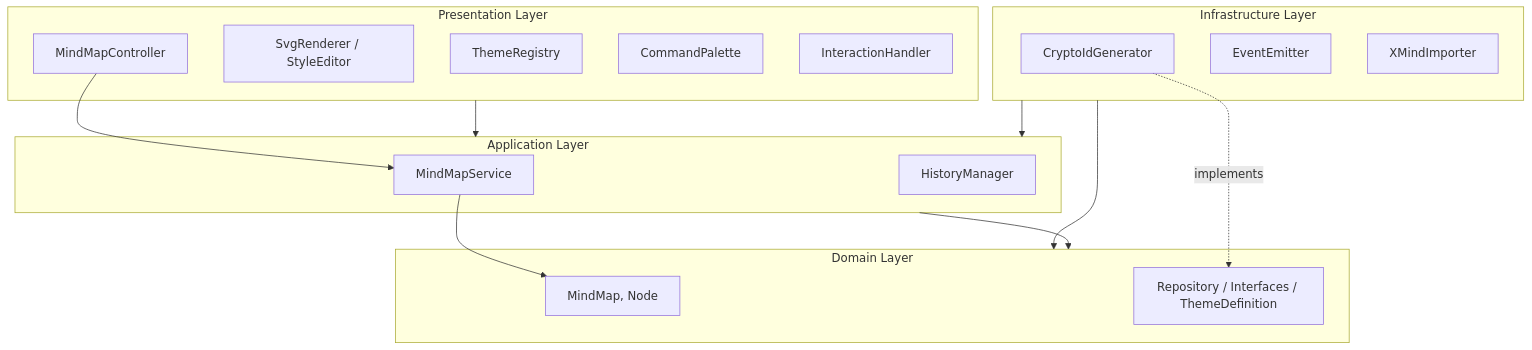
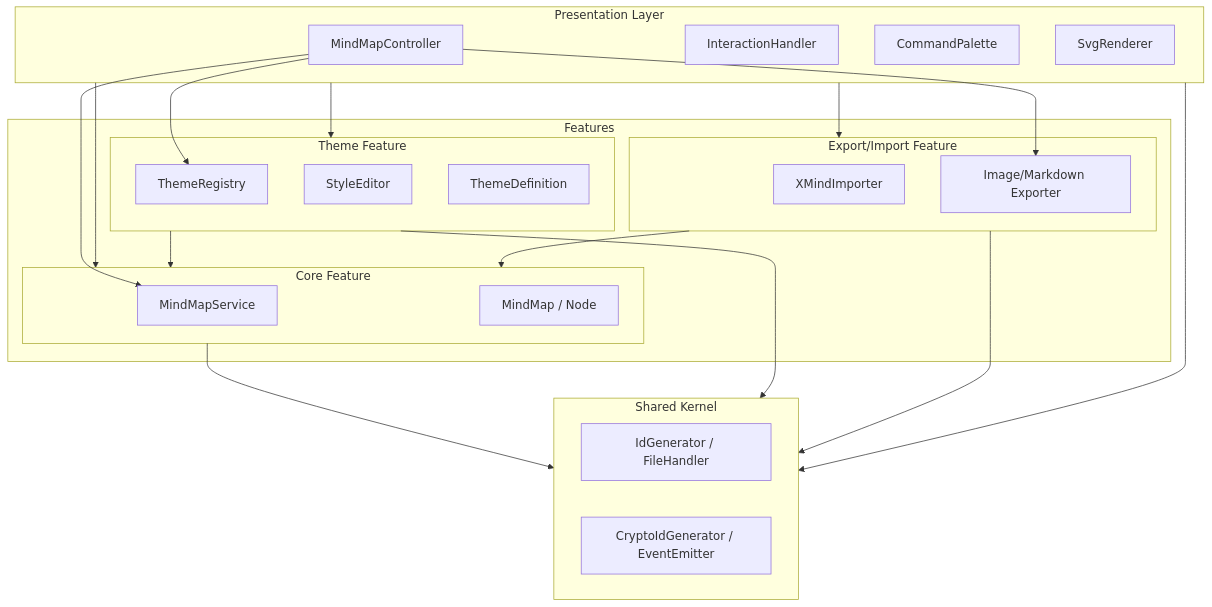
One commit to hiroooo000/kakidash changed the first of 6 diagrams in docs/SOFTWARE_ARCHITECTURE.md. Above: the diagram before and after it, drawn with Mermaid. The commit also changed other lines of this file and 6 other files, not shown here.

Commit message:
docs: update architecture documentation and diagrams for Package by Feature

````diff
--- a/docs/SOFTWARE_ARCHITECTURE.md
+++ b/docs/SOFTWARE_ARCHITECTURE.md
@@ -10,37 +10,52 @@
 ```mermaid
 graph TD
     subgraph Presentation ["Presentation Layer"]
         Controller[MindMapController]
-        View[SvgRenderer / StyleEditor]
-        Registry[ThemeRegistry]
+        Interaction[InteractionHandler]
         Command[CommandPalette]
-        Interaction[InteractionHandler]
+        View[SvgRenderer]
     end
 
-    subgraph Infrastructure ["Infrastructure Layer"]
-        IdGenImpl[CryptoIdGenerator]
-        EventBusImpl[EventEmitter]
-        Importer[XMindImporter]
+    subgraph Features ["Features"]
+        subgraph Core ["Core Feature"]
+            Service[MindMapService]
+            DomainEntities[MindMap / Node]
+        end
+
+        subgraph Theme ["Theme Feature"]
+            ThemeReg[ThemeRegistry]
+            StyleEd[StyleEditor]
+            ThemeDef[ThemeDefinition]
+        end
+
+        subgraph Export ["Export/Import Feature"]
+            Importers[XMindImporter]
+            Exporters[Image/Markdown Exporter]
+        end
     end
 
-    subgraph Application ["Application Layer"]
-        Service[MindMapService]
-        History[HistoryManager]
+    subgraph Shared ["Shared Kernel"]
+        Kernel[IdGenerator / FileHandler]
+        Infra[CryptoIdGenerator / EventEmitter]
     end
 
-    subgraph Domain ["Domain Layer"]
-        Entities[MindMap, Node]
-        Interfaces[Repository / Interfaces / ThemeDefinition]
-    end
+    %% Dependencies
+    Presentation --> Core
+    Presentation --> Theme
+    Presentation --> Export
+    
+    %% Feature Inter-dependencies
+    Theme --> Core
+    Export --> Core
 
-    %% Dependency Rules
-    Presentation --> Application
-    Infrastructure --> Application
-    Infrastructure --> Domain
-    Application --> Domain
+    %% Cross-cutting
+    Core --> Shared
+    Theme --> Shared
+    Export --> Shared
+    Presentation --> Shared
 
-    %% Specific Dependencies
+    %% Specific wiring
     Controller --> Service
-    Service --> Entities
-    IdGenImpl -.->|implements| Interfaces
+    Controller --> ThemeReg
+    Controller --> Exporters
 ```
````
